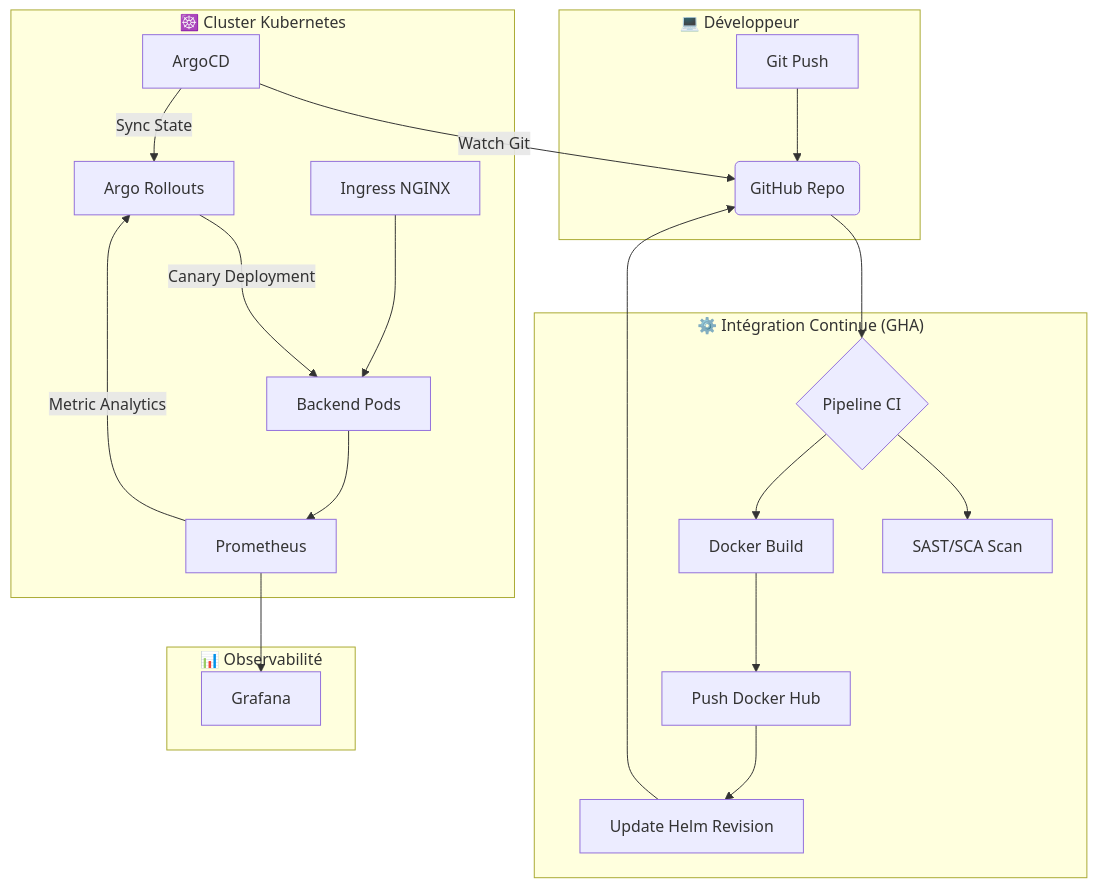
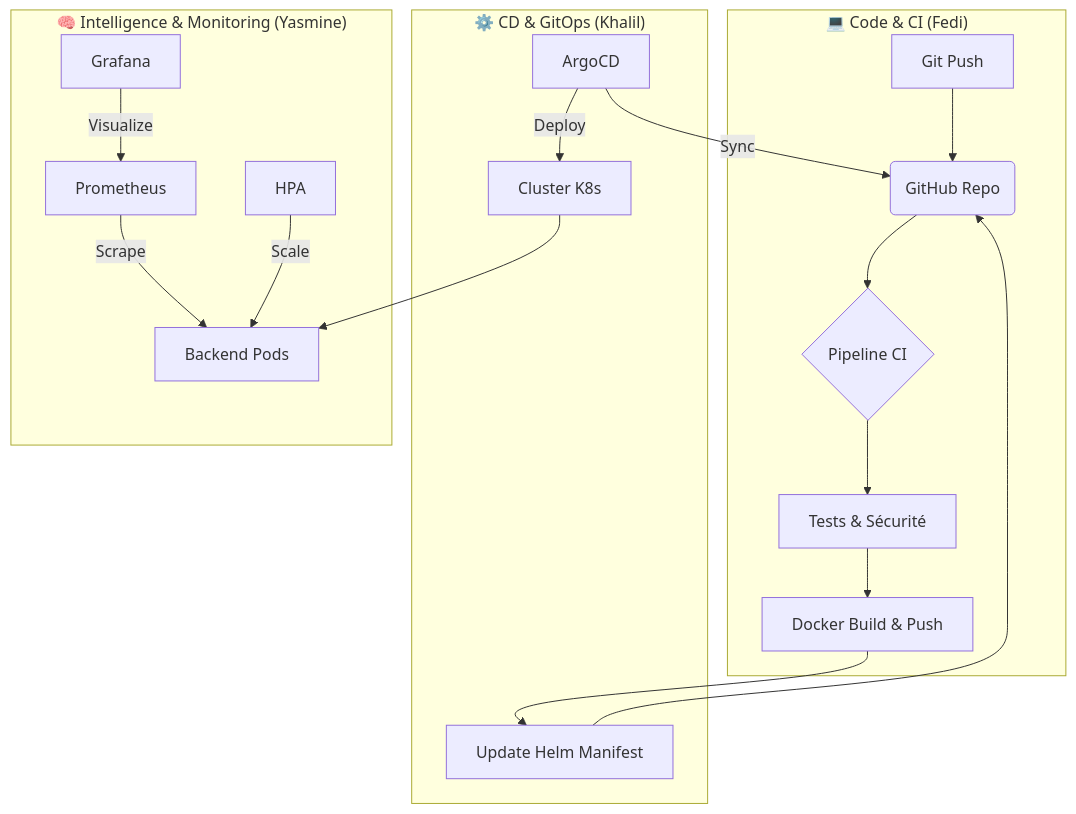
One commit to medkhalilbensmida/devops-gitops-project changed the diagram in README.md. Above: the diagram before and after it, drawn with Mermaid. The commit also changed other lines of this file and 2 other files, not shown here.

````diff
--- a/README.md
+++ b/README.md
@@ -17,28 +37,23 @@
 ```mermaid
 graph TD
-    subgraph "💻 Développeur"
+    subgraph "💻 Code & CI (Fedi)"
         A[Git Push] --> B(GitHub Repo)
+        B --> C{Pipeline CI}
+        C --> D[Tests & Sécurité]
+        D --> E[Docker Build & Push]
     end
 
-    subgraph "⚙️ Intégration Continue (GHA)"
-        B --> C{Pipeline CI}
-        C --> D[SAST/SCA Scan]
-        C --> E[Docker Build]
-        E --> F[Push Docker Hub]
-        F --> G[Update Helm Revision]
-        G --> B
+    subgraph "⚙️ CD & GitOps (Khalil)"
+        E --> F[Update Helm Manifest]
+        F --> B
+        G[ArgoCD] -- "Sync" --> B
+        G -- "Deploy" --> H[Cluster K8s]
     end
 
-    subgraph "☸️ Cluster Kubernetes"
-        H[ArgoCD] -- "Watch Git" --> B
-        H -- "Sync State" --> I[Argo Rollouts]
-        I -- "Canary Deployment" --> J[Backend Pods]
-        K[Ingress NGINX] --> J
-        L[Prometheus] -- "Metric Analytics" --> I
-    end
-
-    subgraph "📊 Observabilité"
-        L --> M[Grafana]
-        J --> L
+    subgraph "🧠 Intelligence & Monitoring (Yasmine)"
+        H --> I[Backend Pods]
+        J[Prometheus] -- "Scrape" --> I
+        K[Grafana] -- "Visualize" --> J
+        L[HPA] -- "Scale" --> I
     end
 ```
````
